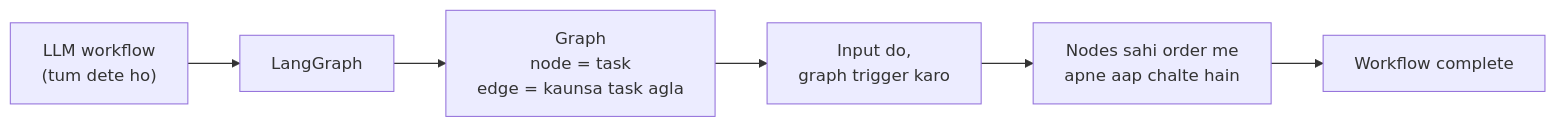
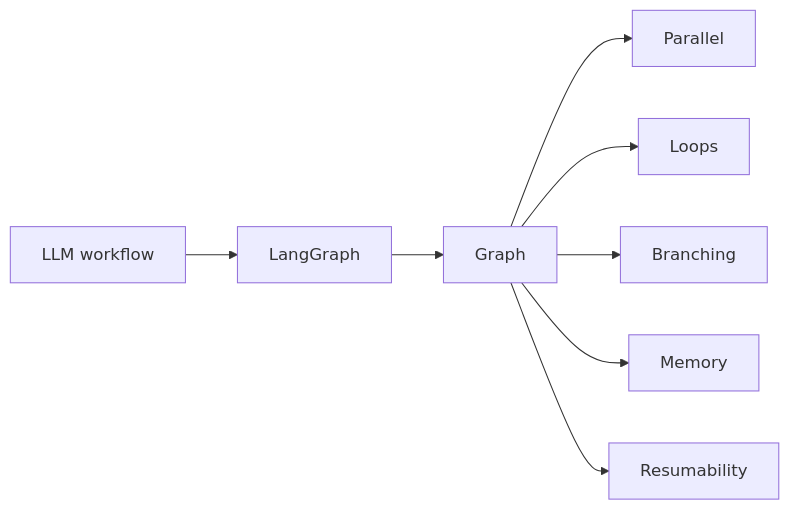
One commit to pallav2712/langGraph-campusx-notes changed the second of 18 diagrams in V04-LangGraph core concepts/README.md. Above: the diagram before and after it, drawn with Mermaid. The commit also changed other lines of this file, not shown here.

Commit message:
v04 langGraph core concepts updated graphs and notes balanced

````diff
--- a/V04-LangGraph core concepts/README.md
+++ b/V04-LangGraph core concepts/README.md
@@ -56,5 +47,9 @@
 ```mermaid
 flowchart LR
-    W["LLM workflow<br/>(tum dete ho)"] --> LG["LangGraph"] --> G["Graph<br/>node = task<br/>edge = kaunsa task agla"]
-    G --> T["Input do,<br/>graph trigger karo"] --> X["Nodes sahi order me<br/>apne aap chalte hain"] --> D["Workflow complete"]
+    W["LLM workflow"] --> LG["LangGraph"] --> G["Graph"]
+    G --> F1["Parallel"]
+    G --> F2["Loops"]
+    G --> F3["Branching"]
+    G --> F4["Memory"]
+    G --> F5["Resumability"]
 ```
````
